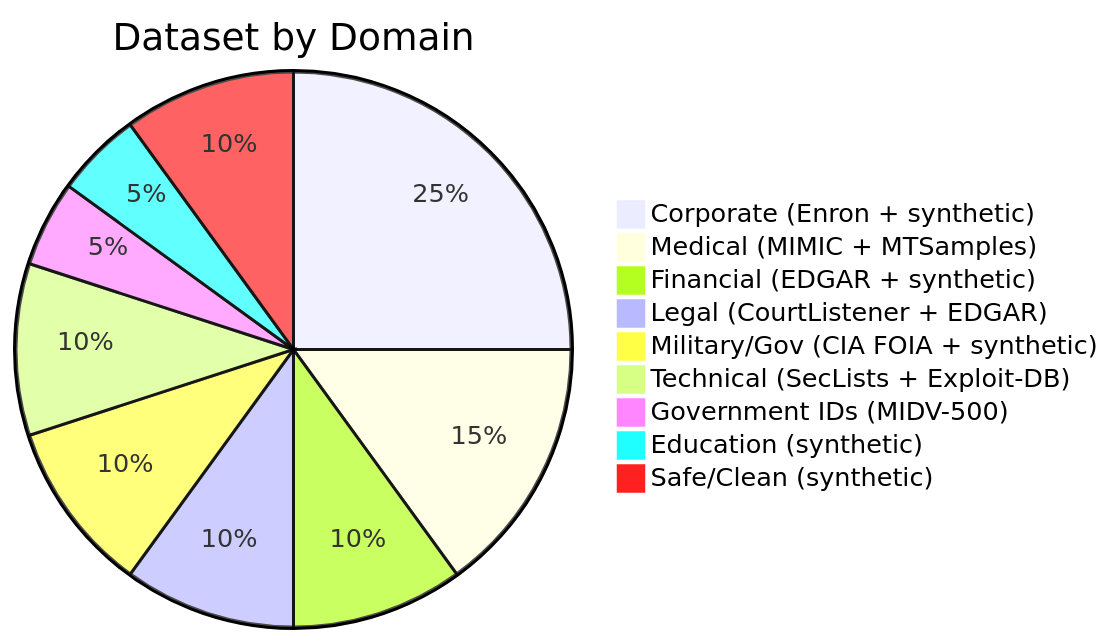
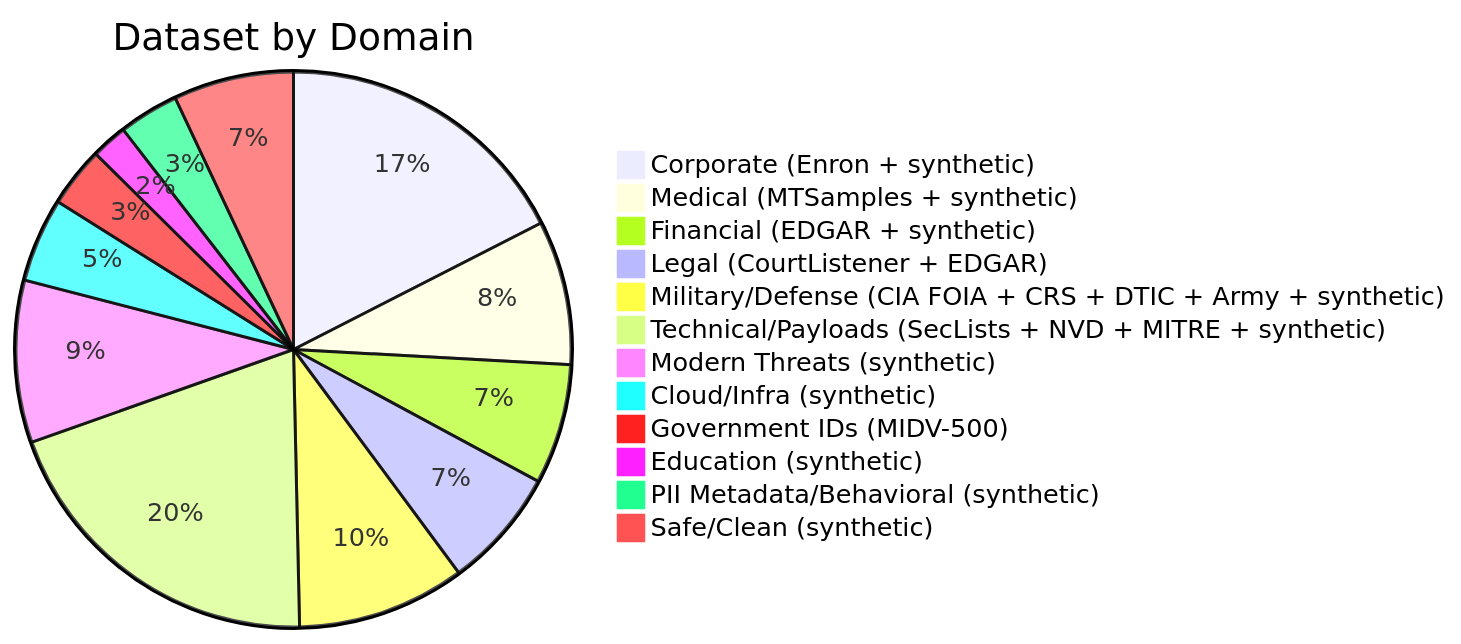
The second of 3 diagrams in docs/CORPUS.md (IvanDobrovolsky/torchsight), drawn with Mermaid before and after one commit. The commit also changed other lines of this file and 2 other files, not shown here.

First line of the commit message:
feat: full license audit — drop MIMIC-III & Exploit-DB, add military sources

````diff
--- a/docs/CORPUS.md
+++ b/docs/CORPUS.md
@@ -173,12 +235,15 @@
 ```mermaid
 pie title Dataset by Domain
     "Corporate (Enron + synthetic)" : 2500
-    "Medical (MIMIC + MTSamples)" : 1500
+    "Medical (MTSamples + synthetic)" : 1200
     "Financial (EDGAR + synthetic)" : 1000
     "Legal (CourtListener + EDGAR)" : 1000
-    "Military/Gov (CIA FOIA + synthetic)" : 1000
-    "Technical (SecLists + Exploit-DB)" : 1000
+    "Military/Defense (CIA FOIA + CRS + DTIC + Army + synthetic)" : 1400
+    "Technical/Payloads (SecLists + NVD + MITRE + synthetic)" : 2850
+    "Modern Threats (synthetic)" : 1350
+    "Cloud/Infra (synthetic)" : 700
     "Government IDs (MIDV-500)" : 500
-    "Education (synthetic)" : 500
+    "Education (synthetic)" : 300
+    "PII Metadata/Behavioral (synthetic)" : 500
     "Safe/Clean (synthetic)" : 1000
 ```
````
